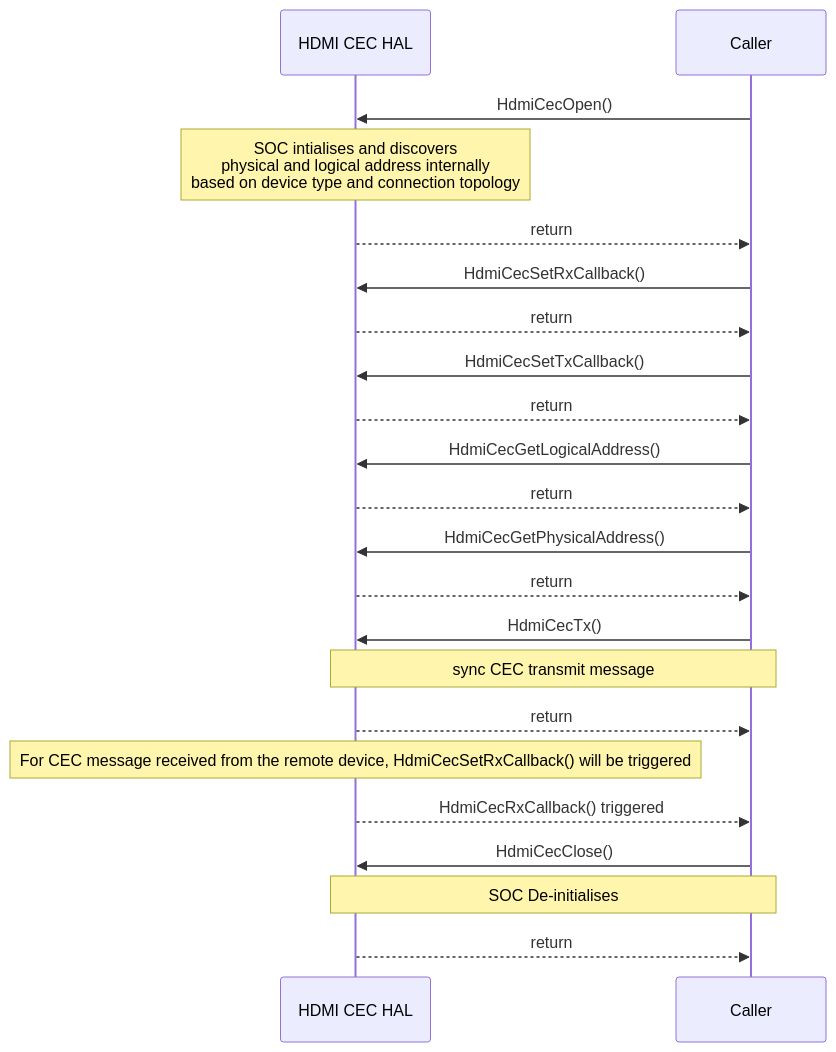
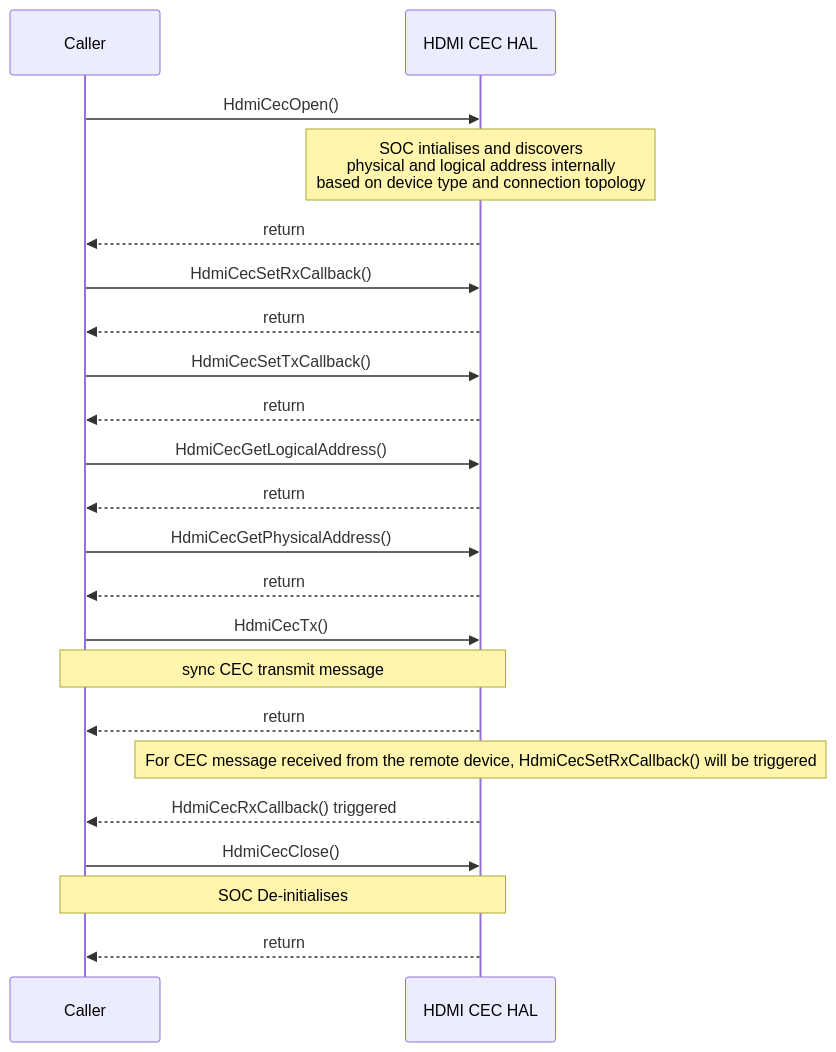
One commit to rdkcentral/rdk-halif-hdmi_cec changed the second of 2 diagrams in docs/pages/halSpec.md. Above: the diagram before and after it, drawn with Mermaid. The commit also changed other lines of this file, not shown here.

````diff
--- a/docs/pages/halSpec.md
+++ b/docs/pages/halSpec.md
@@ -185,24 +186,25 @@
 ```mermaid
 %%{ init : { "theme" : "default", "flowchart" : { "curve" : "stepBefore" }}}%%
    sequenceDiagram
+    participant Caller as Caller
     participant HAL as HDMI CEC HAL
     Caller->>HAL:HdmiCecOpen()
     Note over HAL: SOC intialises and discovers <br> physical and logical address internally <br> based on device type and connection topology
     HAL-->>Caller:return
     Caller->>HAL:HdmiCecSetRxCallback()
     HAL-->>Caller:return
     Caller->>HAL:HdmiCecSetTxCallback()
     HAL-->>Caller:return
     Caller ->>HAL:HdmiCecGetLogicalAddress()
     HAL-->>Caller:return
     Caller ->>HAL:HdmiCecGetPhysicalAddress()
     HAL-->>Caller:return
     Caller ->>HAL:HdmiCecTx()
     Note over Caller,HAL: sync CEC transmit message
     HAL-->>Caller:return
     Note over HAL: For CEC message received from the remote device, HdmiCecSetRxCallback() will be triggered
     HAL-->>Caller:HdmiCecRxCallback() triggered
     Caller ->>HAL:HdmiCecClose()
     Note over Caller,HAL: SOC De-initialises 
     HAL-->>Caller:return
  ```
````
